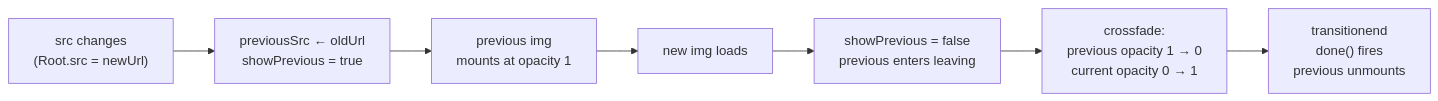
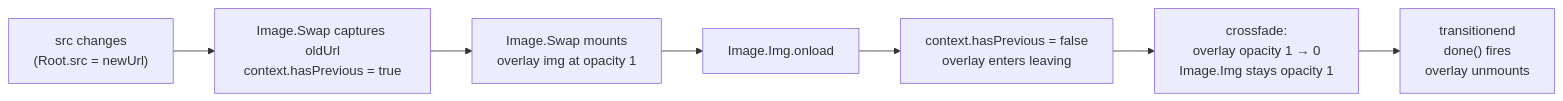
The third of 3 diagrams in apps/docs/src/pages/components/semantic/image.md (vuetifyjs/0), drawn with Mermaid before and after one commit. The commit also changed other lines of this file and 5 other files, not shown here.

````diff
--- a/apps/docs/src/pages/components/semantic/image.md
+++ b/apps/docs/src/pages/components/semantic/image.md
@@ -152,12 +152,12 @@
 ```mermaid "Source transition"
 flowchart LR
   Change["src changes<br/>(Root.src = newUrl)"]
-  Capture["previousSrc ← oldUrl<br/>showPrevious = true"]
-  Mount["previous img<br/>mounts at opacity 1"]
-  Load["new img loads"]
-  Leave["showPrevious = false<br/>previous enters leaving"]
-  Fade["crossfade:<br/>previous opacity 1 → 0<br/>current opacity 0 → 1"]
-  Unmount["transitionend<br/>done() fires<br/>previous unmounts"]
+  Capture["Image.Swap captures oldUrl<br/>context.hasPrevious = true"]
+  Mount["Image.Swap mounts<br/>overlay img at opacity 1"]
+  Load["Image.Img.onload"]
+  Leave["context.hasPrevious = false<br/>overlay enters leaving"]
+  Fade["crossfade:<br/>overlay opacity 1 → 0<br/>Image.Img stays opacity 1"]
+  Unmount["transitionend<br/>done() fires<br/>overlay unmounts"]
 
   Change --> Capture --> Mount --> Load --> Leave --> Fade --> Unmount
 ```
````
